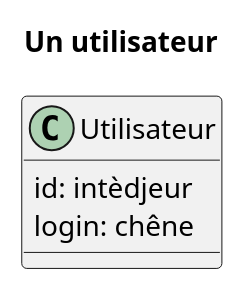
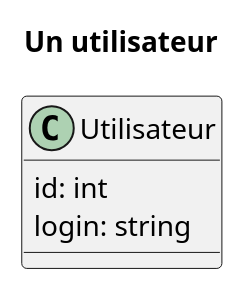
One commit to gh4w/covoiturage changed the diagram in conception/modelisation.puml. Above: the diagram before and after it, drawn with PlantUML.

Commit message:
encore des fotes

```diff
--- a/conception/modelisation.puml
+++ b/conception/modelisation.puml
@@ -1,9 +1,9 @@
 @startuml
 
 title Un utilisateur
 
 class Utilisateur {
-    id: intèdjeur
-    login: chêne
+    id: int
+    login: string
 }
 @enduml
```
